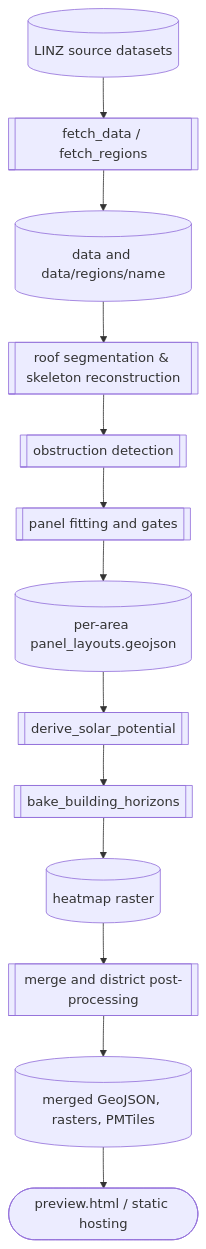
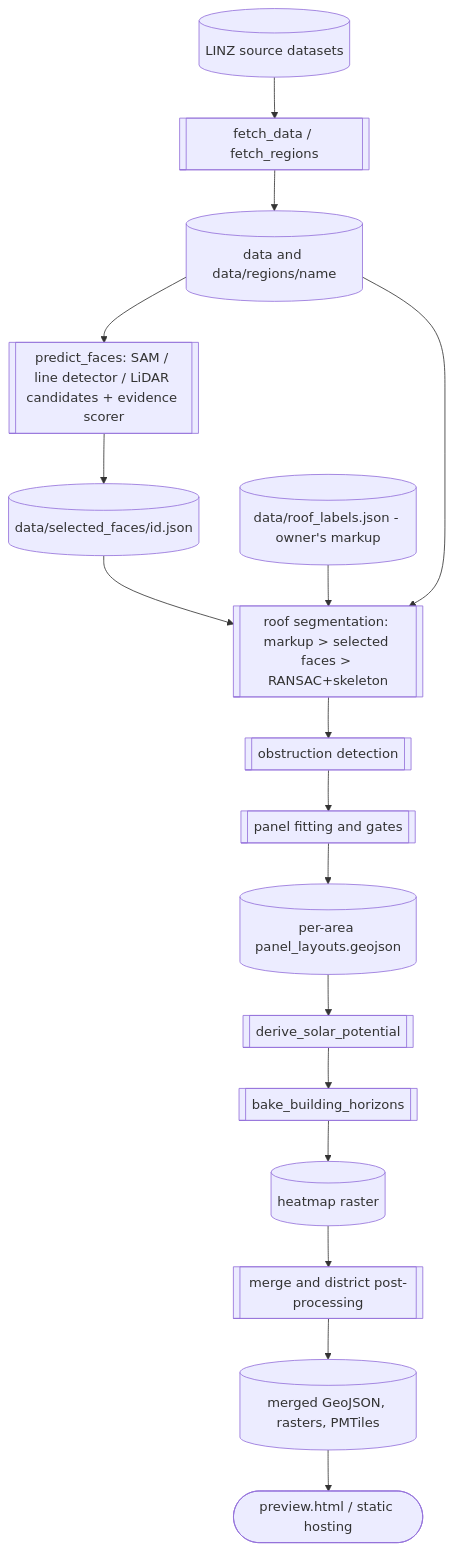
The diagram in docs/developers/architecture.md (rewiring-nz/nz-solar-potential), drawn with Mermaid before and after one commit. The commit also changed other lines of this file and 5 other files, not shown here.

````diff
--- a/docs/developers/architecture.md
+++ b/docs/developers/architecture.md
@@ -11,15 +16,19 @@
 ```mermaid
 flowchart TB
   LINZ[(LINZ source datasets)] --> Fetch[[fetch_data / fetch_regions]]
   Fetch --> Inputs[(data and data/regions/name)]
-  Inputs --> Segment[[roof segmentation & skeleton reconstruction]]
+  Inputs --> Vision[[predict_faces: SAM / line detector / LiDAR candidates + evidence scorer]]
+  Vision --> Selected[(data/selected_faces/id.json)]
+  Selected --> Segment
+  Labels[(data/roof_labels.json - owner's markup)] --> Segment
+  Inputs --> Segment[[roof segmentation: markup > selected faces > RANSAC+skeleton]]
   Segment --> Detect[[obstruction detection]]
   Detect --> Fit[[panel fitting and gates]]
   Fit --> Layouts[(per-area panel_layouts.geojson)]
   Layouts --> Derive[[derive_solar_potential]]
   Derive --> Horizon[[bake_building_horizons]]
   Horizon --> Raster[(heatmap raster)]
   Raster --> Merge[[merge and district post-processing]]
   Merge --> Outputs[(merged GeoJSON, rasters, PMTiles)]
   Outputs --> Map([preview.html / static hosting])
 ```
````
